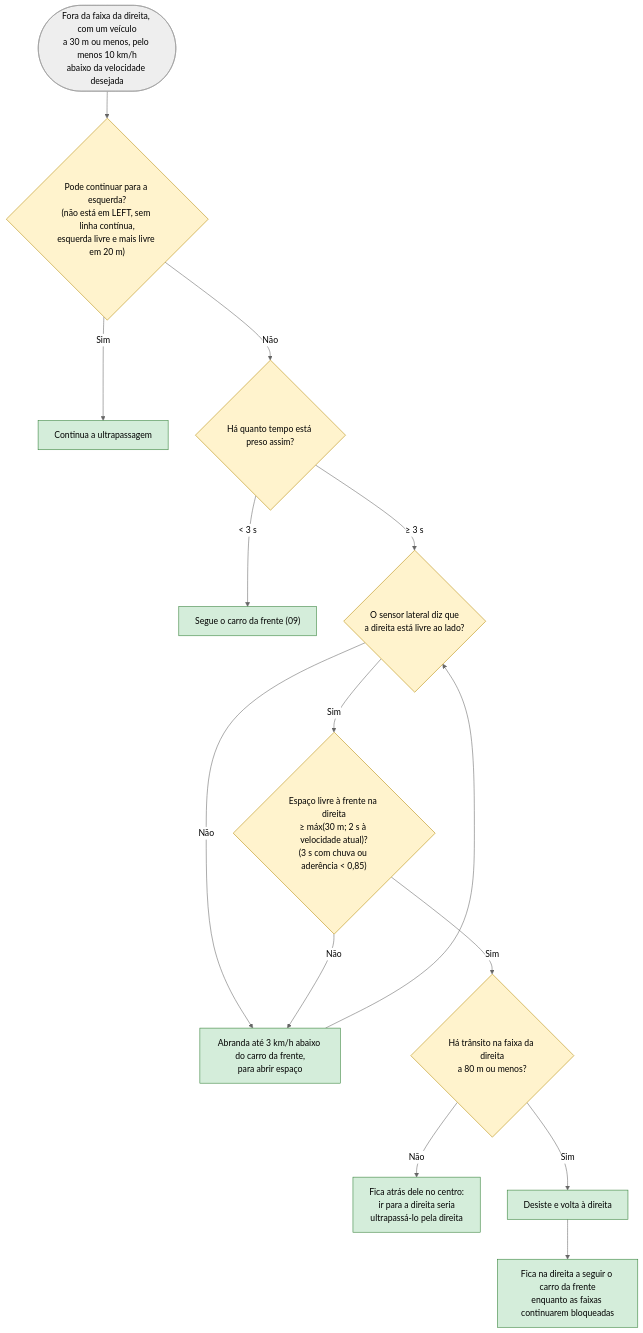
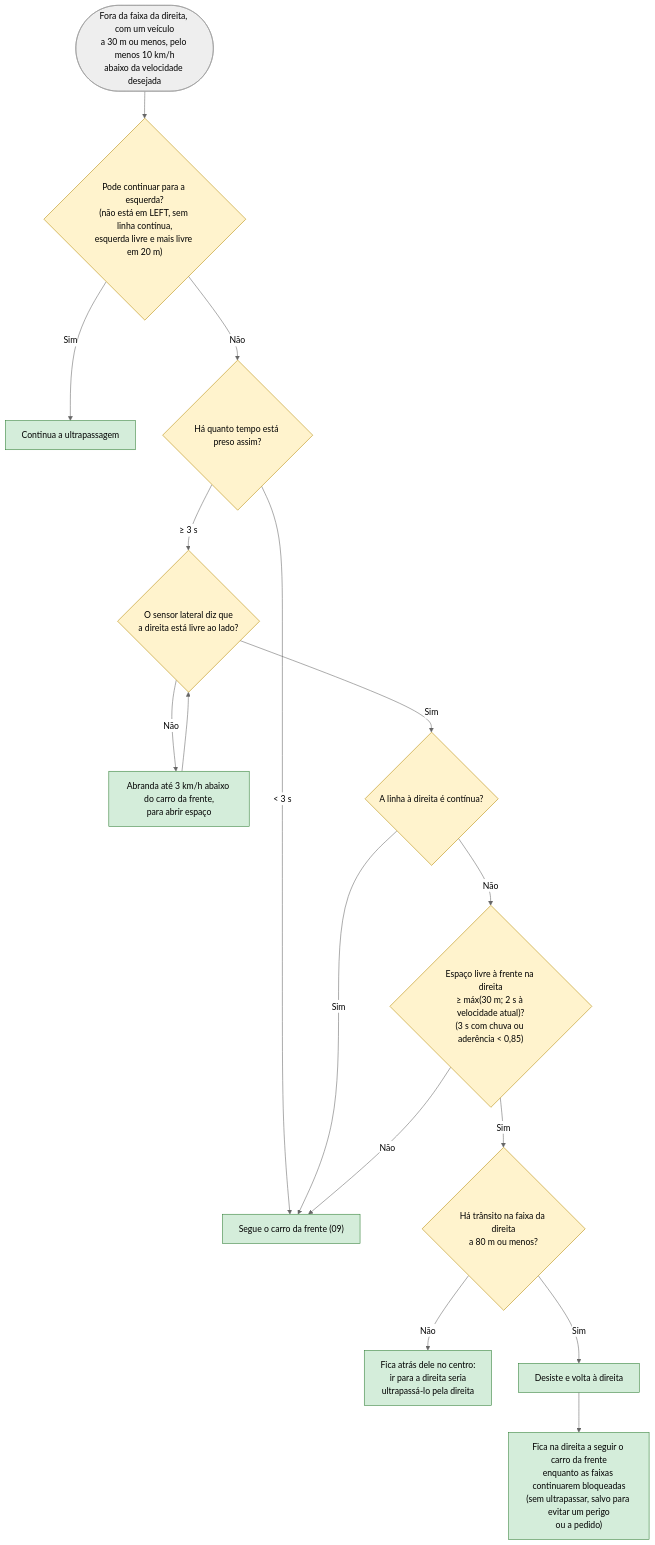
One commit to 1-2Drive/projeto-1 changed the fourth of 4 diagrams in docs/fluxogramas/fluxogramas_apresentar/11-ultrapassagens.md. Above: the diagram before and after it, drawn with Mermaid (neutral theme). The commit also changed other lines of this file and 38 other files, not shown here.

````diff
--- a/docs/fluxogramas/fluxogramas_apresentar/11-ultrapassagens.md
+++ b/docs/fluxogramas/fluxogramas_apresentar/11-ultrapassagens.md
@@ -80,21 +89,23 @@
 ```mermaid
 flowchart TD
     S(["Fora da faixa da direita, com um veículo<br/>a 30 m ou menos, pelo menos 10 km/h<br/>abaixo da velocidade desejada"]) --> Q1{"Pode continuar para a esquerda?<br/>(não está em LEFT, sem linha contínua,<br/>esquerda livre e mais livre em 20 m)"}
     Q1 -- "Sim" --> A0["Continua a ultrapassagem"]
     Q1 -- "Não" --> Q2{"Há quanto tempo está preso assim?"}
     Q2 -- "< 3 s" --> A5["Segue o carro da frente (09)"]
     Q2 -- "≥ 3 s" --> Q3{"O sensor lateral diz que<br/>a direita está livre ao lado?"}
     Q3 -- "Não" --> A2["Abranda até 3 km/h abaixo do carro da frente,<br/>para abrir espaço"]
-    Q3 -- "Sim" --> Q4{"Espaço livre à frente na direita<br/>≥ máx(30 m; 2 s à velocidade atual)?<br/>(3 s com chuva ou aderência < 0,85)"}
-    Q4 -- "Não" --> A2
+    Q3 -- "Sim" --> Q3b{"A linha à direita é contínua?"}
+    Q3b -- "Sim" --> A5
+    Q3b -- "Não" --> Q4{"Espaço livre à frente na direita<br/>≥ máx(30 m; 2 s à velocidade atual)?<br/>(3 s com chuva ou aderência < 0,85)"}
+    Q4 -- "Não" --> A5
     Q4 -- "Sim" --> Q5{"Há trânsito na faixa da direita<br/>a 80 m ou menos?"}
     Q5 -- "Não" --> A6["Fica atrás dele no centro:<br/>ir para a direita seria<br/>ultrapassá-lo pela direita"]
     Q5 -- "Sim" --> A3["Desiste e volta à direita"]
     A2 --> Q3
-    A3 --> A4["Fica na direita a seguir o carro da frente<br/>enquanto as faixas continuarem bloqueadas"]
+    A3 --> A4["Fica na direita a seguir o carro da frente<br/>enquanto as faixas continuarem bloqueadas<br/>(sem ultrapassar, salvo para evitar um perigo<br/>ou a pedido)"]
 
     classDef dec fill:#fff3cd,stroke:#b58900,color:#000
     classDef acao fill:#d4edda,stroke:#2e7d32,color:#000
-    class Q1,Q2,Q3,Q4,Q5 dec
+    class Q1,Q2,Q3,Q3b,Q4,Q5 dec
     class A0,A2,A3,A4,A5,A6 acao
 ```
````
